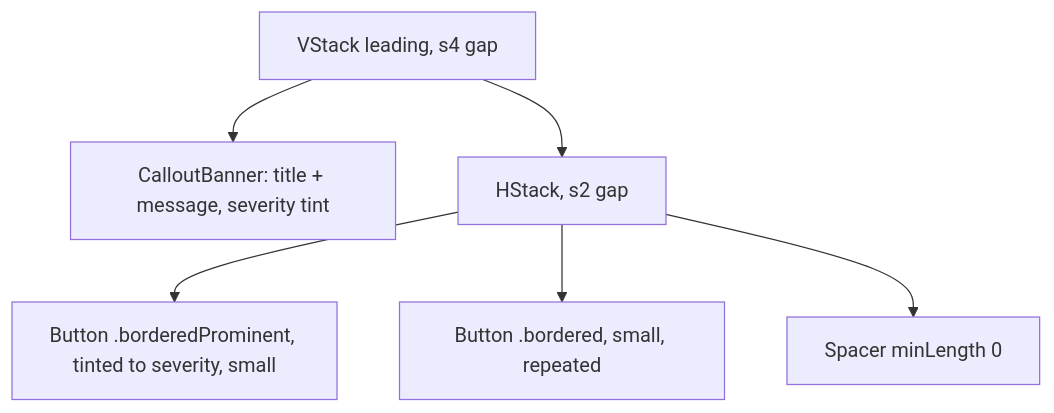
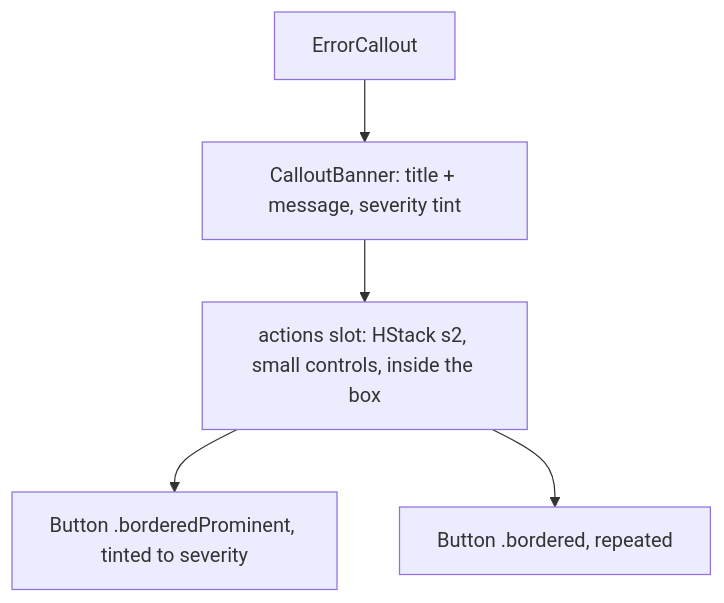
The diagram in design-system/components/error-callout.md (MrDemonWolf/wolfwave), drawn with Mermaid before and after one commit. The commit also changed other lines of this file and 23 other files, not shown here.

````diff
--- a/design-system/components/error-callout.md
+++ b/design-system/components/error-callout.md
@@ -35,8 +34,7 @@
 ```mermaid
 graph TD
-  Root[VStack leading, s4 gap] --> Banner[CalloutBanner: title + message, severity tint]
-  Root --> Actions[HStack, s2 gap]
-  Actions --> Primary[Button .borderedProminent, tinted to severity, small]
-  Actions --> Secondary[Button .bordered, small, repeated]
-  Actions --> Spacer[Spacer minLength 0]
+  Root[ErrorCallout] --> Banner[CalloutBanner: title + message, severity tint]
+  Banner --> Actions[actions slot: HStack s2, small controls, inside the box]
+  Actions --> Primary[Button .borderedProminent, tinted to severity]
+  Actions --> Secondary[Button .bordered, repeated]
 ```
````
